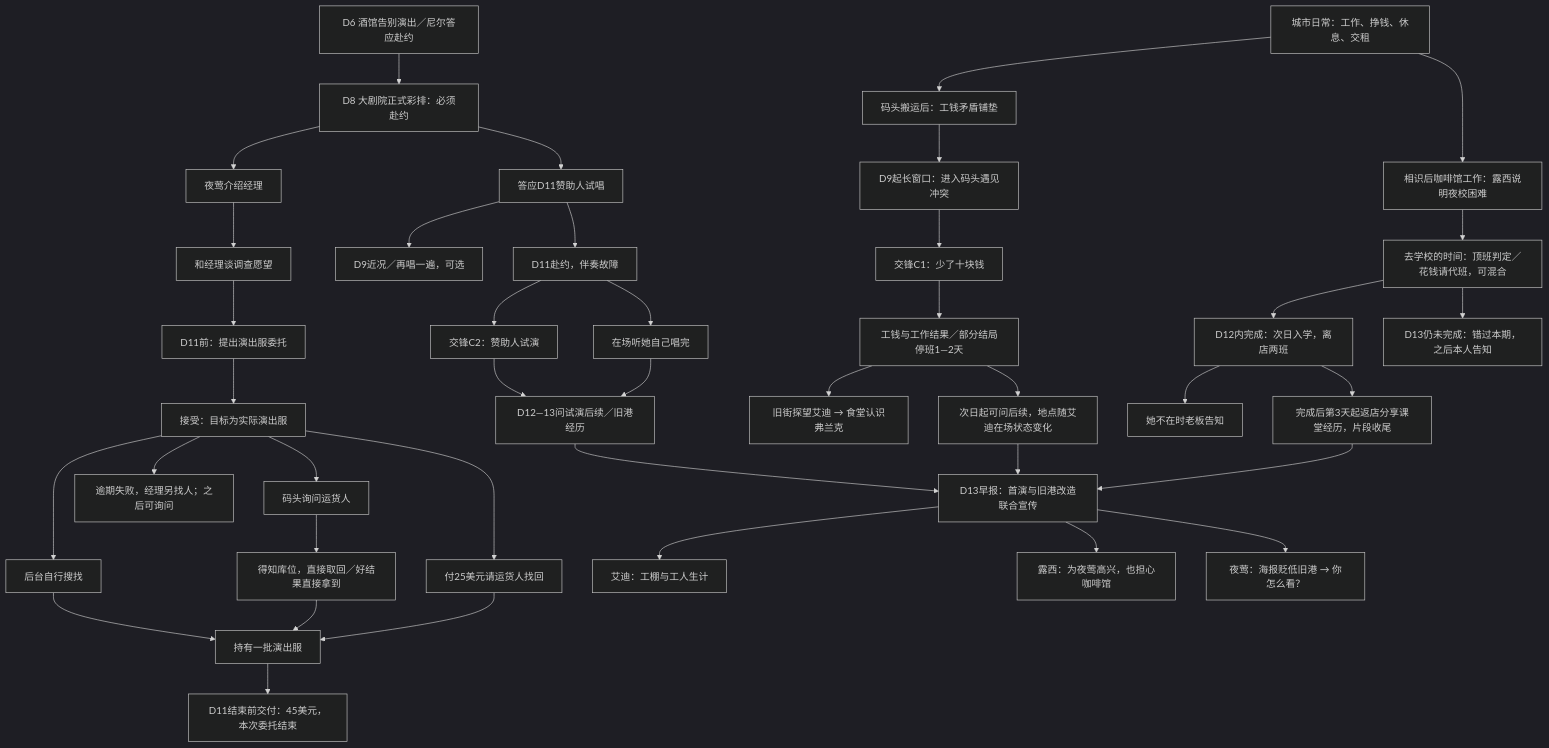
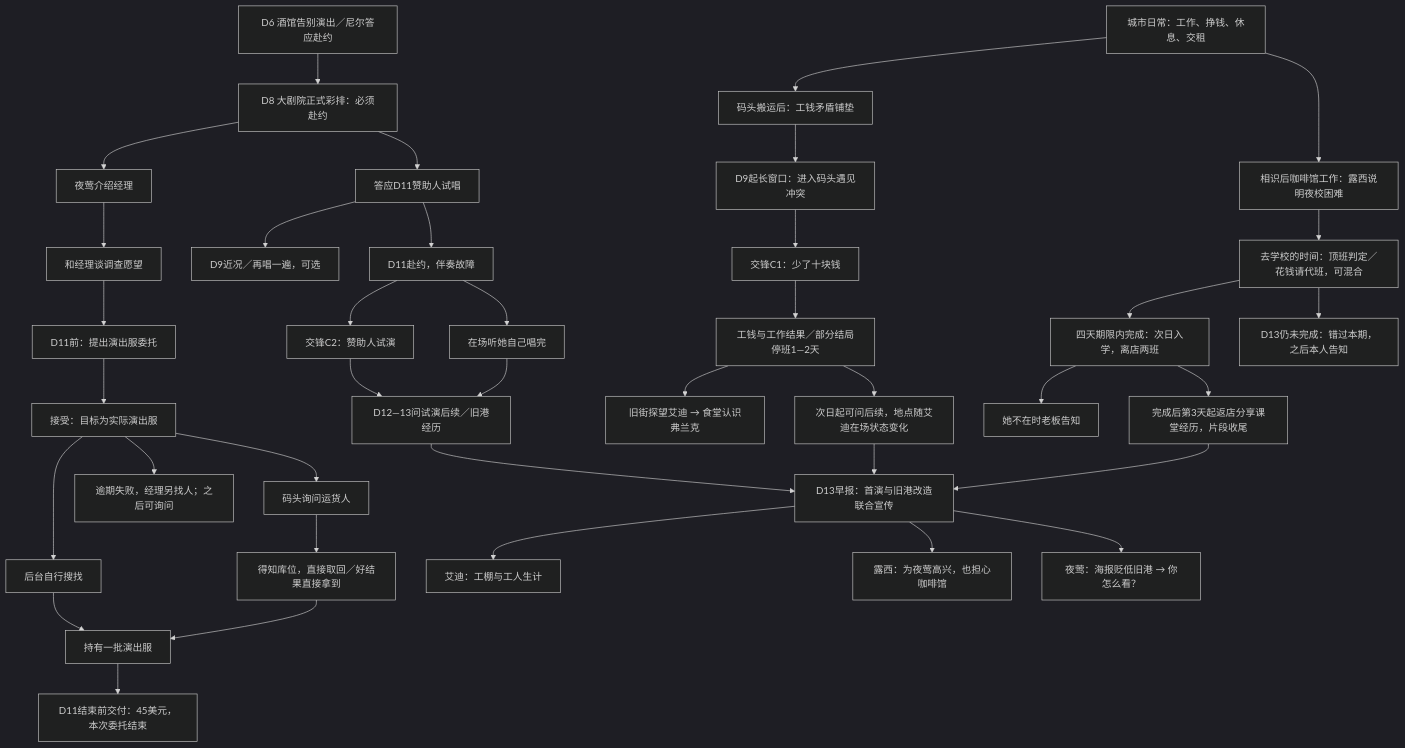
One commit to guopanqi/ssnoir changed the diagram in docs/对白整理/第二幕_剧情与对白审核稿.md. Above: the diagram before and after it, drawn with Mermaid (dark theme). The commit also changed other lines of this file and 64 other files, not shown here.

````diff
--- a/docs/对白整理/第二幕_剧情与对白审核稿.md
+++ b/docs/对白整理/第二幕_剧情与对白审核稿.md
@@ -14,42 +14,40 @@
 ```mermaid
 flowchart TD
   D6["D6 酒馆告别演出／尼尔答应赴约"] --> D8["D8 大剧院正式彩排：必须赴约"]
   D8 --> M1["夜莺介绍经理"]
   M1 --> M2["和经理谈调查愿望"]
   M2 --> M3["D11前：提出演出服委托"]
   M3 --> MA["接受：目标为实际演出服"]
   MA --> MS["后台自行搜找"]
   MA --> MQ["码头询问运货人"]
-  MA --> MP["付25美元请运货人找回"]
   MQ --> ML["得知库位，直接取回／好结果直接拿到"]
   MS --> MI["持有一批演出服"]
   ML --> MI
-  MP --> MI
   MI --> MD["D11结束前交付：45美元，本次委托结束"]
   MA --> MF["逾期失败，经理另找人；之后可询问"]
   D8 --> N1["答应D11赞助人试唱"]
   N1 --> N9["D9近况／再唱一遍，可选"]
   N1 --> N11["D11赴约，伴奏故障"]
   N11 --> C2["交锋C2：赞助人试演"]
   N11 --> NS["在场听她自己唱完"]
   C2 --> NA["D12—13问试演后续／旧港经历"]
   NS --> NA
   WORK["城市日常：工作、挣钱、休息、交租"] --> E1["码头搬运后：工钱矛盾铺垫"]
   E1 --> E2["D9起长窗口：进入码头遇见冲突"]
   E2 --> C1["交锋C1：少了十块钱"]
   C1 --> E3["工钱与工作结果／部分结局停班1—2天"]
   E3 --> E4["旧街探望艾迪 → 食堂认识弗兰克"]
   E3 --> E5["次日起可问后续，地点随艾迪在场状态变化"]
   WORK --> L1["相识后咖啡馆工作：露西说明夜校困难"]
   L1 --> LC["去学校的时间：顶班判定／花钱请代班，可混合"]
-  LC --> LS["D12内完成：次日入学，离店两班"]
+  LC --> LS["四天期限内完成：次日入学，离店两班"]
   LS --> LB["她不在时老板告知"]
   LS --> LR["完成后第3天起返店分享课堂经历，片段收尾"]
   LC --> LF["D13仍未完成：错过本期，之后本人告知"]
   NA --> P["D13早报：首演与旧港改造联合宣传"]
   E5 --> P
   LR --> P
   P --> PE["艾迪：工棚与工人生计"]
   P --> PL["露西：为夜莺高兴，也担心咖啡馆"]
   P --> PN["夜莺：海报贬低旧港 → 你怎么看？"]
 ```
````
